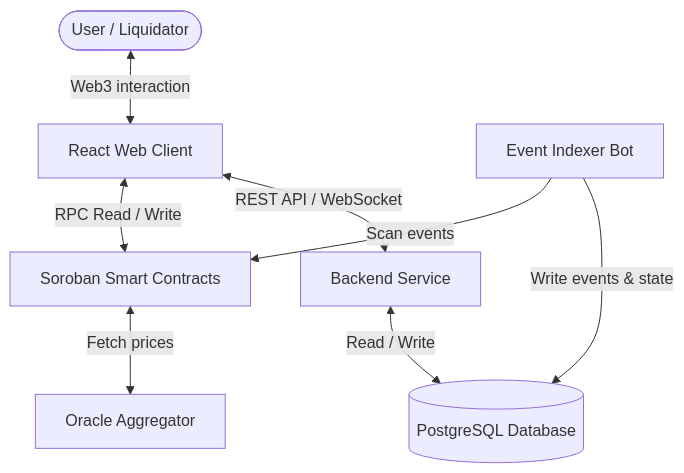
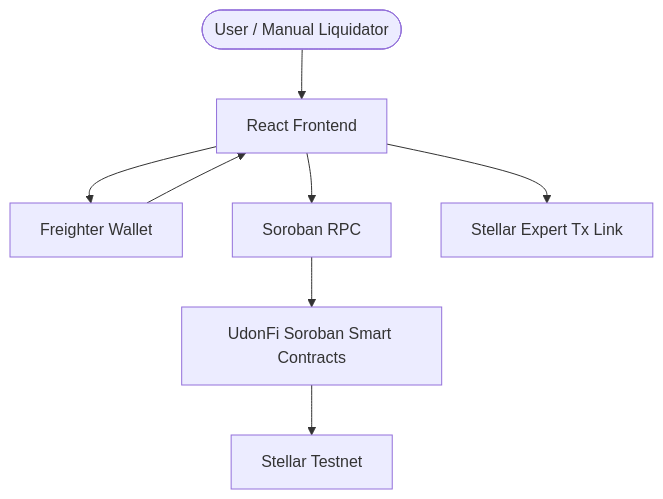
One commit to TheAnh1404/UdonFi changed the diagram in README.md. Above: the diagram before and after it, drawn with Mermaid. The commit also changed other lines of this file and 191 other files, not shown here.

````diff
--- a/README.md
+++ b/README.md
@@ -18,10 +50,10 @@
 ```mermaid
 graph TD
-    User([User / Liquidator]) <--> |Web3 interaction| FE[React Web Client]
-    FE <--> |RPC Read / Write| SC[Soroban Smart Contracts]
-    FE <--> |REST API / WebSocket| BE[Backend Service]
-    Indexer[Event Indexer Bot] --> |Scan events| SC
-    Indexer --> |Write events & state| DB[(PostgreSQL Database)]
-    BE <--> |Read / Write| DB
-    SC <--> |Fetch prices| Oracle[Oracle Aggregator]
+    User([User / Manual Liquidator]) --> FE[React Frontend]
+    FE --> Wallet[Freighter Wallet]
+    Wallet --> FE
+    FE --> RPC[Soroban RPC]
+    RPC --> SC[UdonFi Soroban Smart Contracts]
+    SC --> Testnet[Stellar Testnet]
+    FE --> Expert[Stellar Expert Tx Link]
 ```
````
